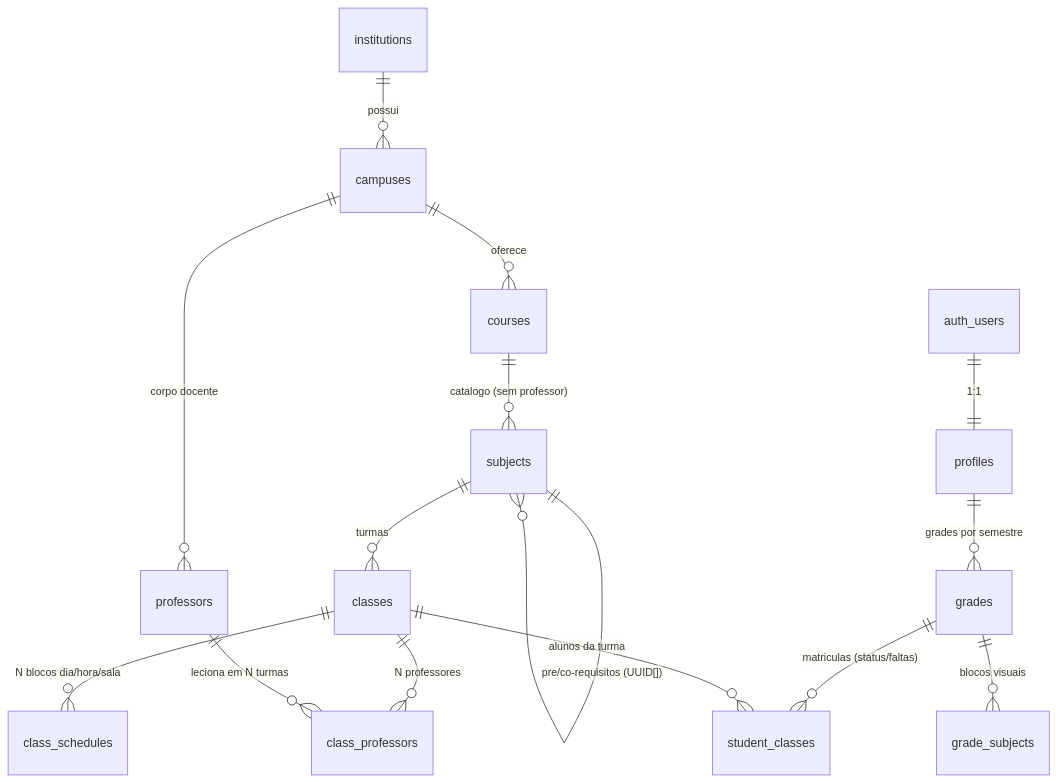
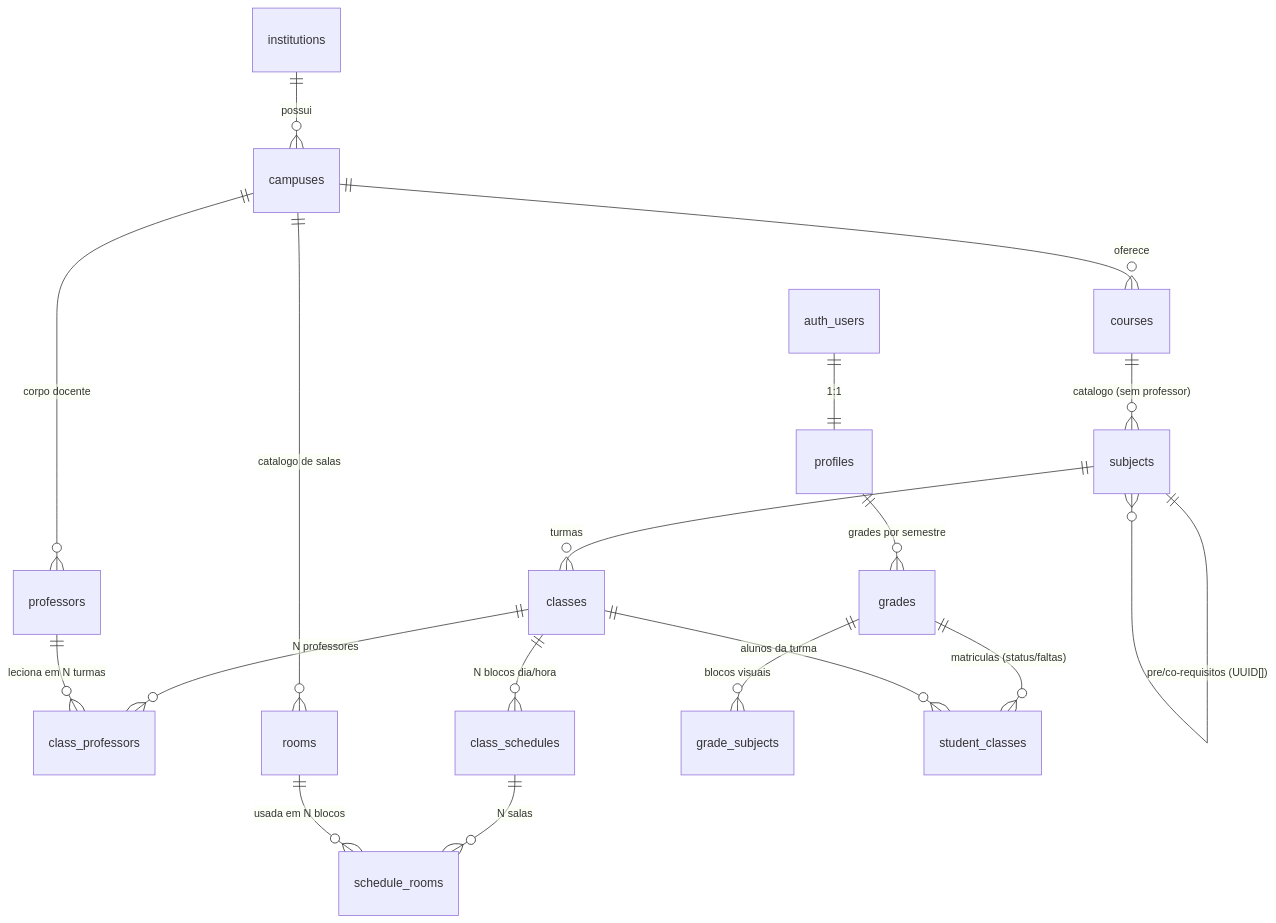
The diagram in docs/DB_SCHEMA.md (Titanio112/Grade_Horaria), drawn with Mermaid before and after one commit. The commit also changed other lines of this file and 6 other files, not shown here.

Commit message:
feat(db): normalizacao v4 - rooms/schedule_rooms anti-duplicata, seed em lote, policy INSERT profiles; regressao 44/44

````diff
--- a/docs/DB_SCHEMA.md
+++ b/docs/DB_SCHEMA.md
@@ -10,17 +10,20 @@
 ```mermaid
 erDiagram
     institutions ||--o{ campuses : "possui"
     campuses ||--o{ courses : "oferece"
     campuses ||--o{ professors : "corpo docente"
     courses ||--o{ subjects : "catalogo (sem professor)"
     subjects ||--o{ classes : "turmas"
     classes ||--o{ class_professors : "N professores"
     professors ||--o{ class_professors : "leciona em N turmas"
-    classes ||--o{ class_schedules : "N blocos dia/hora/sala"
+    classes ||--o{ class_schedules : "N blocos dia/hora"
+    class_schedules ||--o{ schedule_rooms : "N salas"
+    rooms ||--o{ schedule_rooms : "usada em N blocos"
+    campuses ||--o{ rooms : "catalogo de salas"
     subjects ||--o{ subjects : "pre/co-requisitos (UUID[])"
     auth_users ||--|| profiles : "1:1"
     profiles ||--o{ grades : "grades por semestre"
     grades ||--o{ grade_subjects : "blocos visuais"
     grades ||--o{ student_classes : "matriculas (status/faltas)"
     classes ||--o{ student_classes : "alunos da turma"
 ```
````
